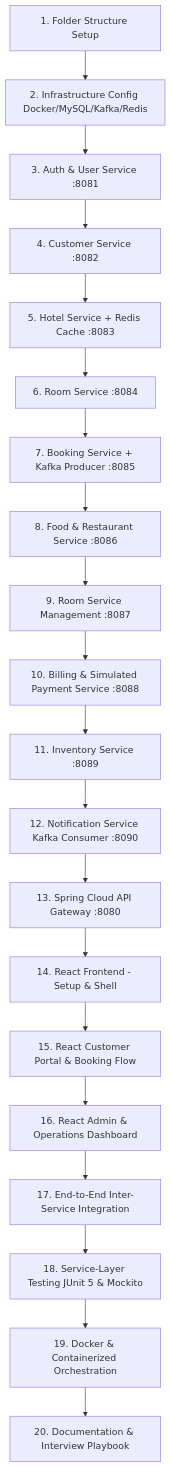
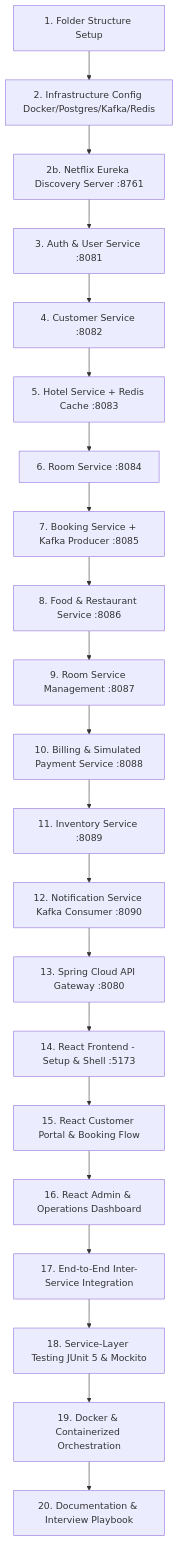
One commit to Dheerajdvn/Hospitality-Management-System changed the diagram in docs/architecture/implementation-plan.md. Above: the diagram before and after it, drawn with Mermaid. The commit also changed other lines of this file and 59 other files, not shown here.

Commit message:
feat(eureka): integrate Netflix Eureka discovery service, dynamic lb routing, resilience & update all docs

````diff
--- a/docs/architecture/implementation-plan.md
+++ b/docs/architecture/implementation-plan.md
@@ -9,22 +9,23 @@
 ```mermaid
 graph TD
-    S1[1. Folder Structure Setup] --> S2[2. Infrastructure Config Docker/MySQL/Kafka/Redis]
-    S2 --> S3[3. Auth & User Service :8081]
+    S1[1. Folder Structure Setup] --> S2[2. Infrastructure Config Docker/Postgres/Kafka/Redis]
+    S2 --> S2B[2b. Netflix Eureka Discovery Server :8761]
+    S2B --> S3[3. Auth & User Service :8081]
     S3 --> S4[4. Customer Service :8082]
     S4 --> S5[5. Hotel Service + Redis Cache :8083]
     S5 --> S6[6. Room Service :8084]
     S6 --> S7[7. Booking Service + Kafka Producer :8085]
     S7 --> S8[8. Food & Restaurant Service :8086]
     S8 --> S9[9. Room Service Management :8087]
     S9 --> S10[10. Billing & Simulated Payment Service :8088]
     S10 --> S11[11. Inventory Service :8089]
     S11 --> S12[12. Notification Service Kafka Consumer :8090]
     S12 --> S13[13. Spring Cloud API Gateway :8080]
-    S13 --> S14[14. React Frontend - Setup & Shell]
+    S13 --> S14[14. React Frontend - Setup & Shell :5173]
     S14 --> S15[15. React Customer Portal & Booking Flow]
     S15 --> S16[16. React Admin & Operations Dashboard]
     S16 --> S17[17. End-to-End Inter-Service Integration]
     S17 --> S18[18. Service-Layer Testing JUnit 5 & Mockito]
     S18 --> S19[19. Docker & Containerized Orchestration]
     S19 --> S20[20. Documentation & Interview Playbook]
 ```
````
